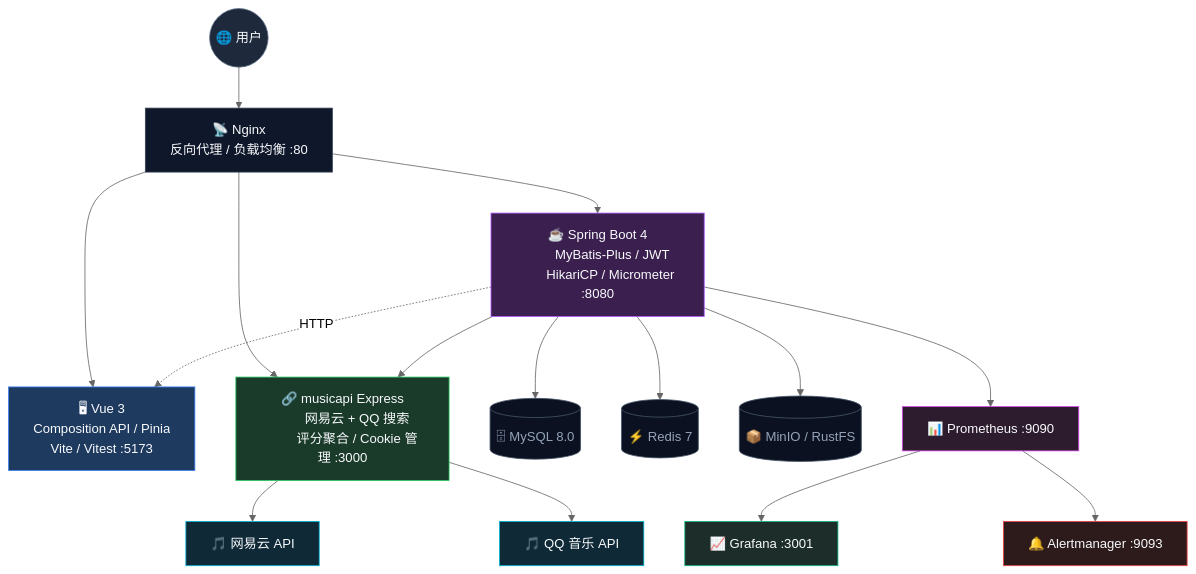
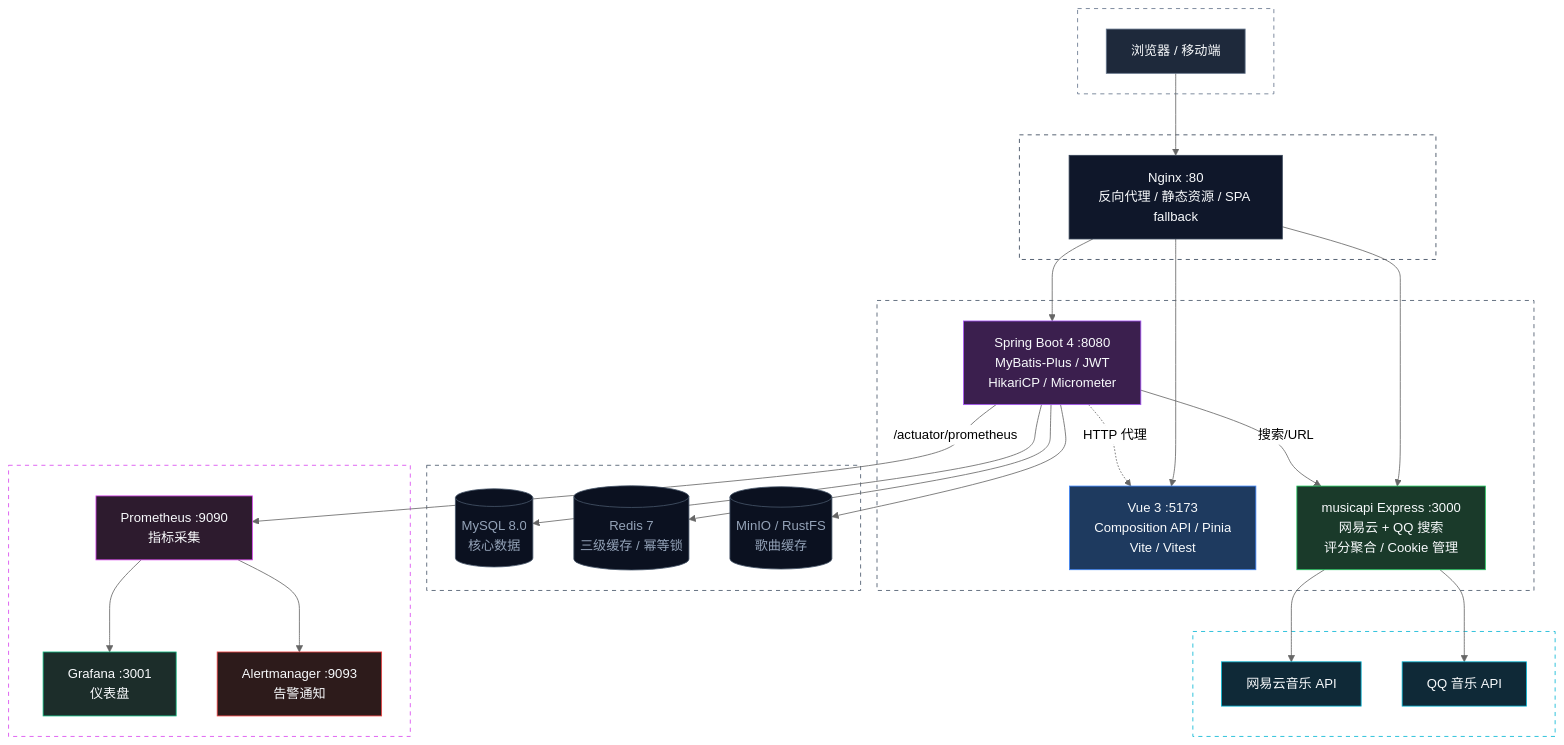
Before and after one commit to chunren1/vibeMusic: the first of 4 diagrams in README.md, drawn with Mermaid (neutral theme).

Commit message:
架构图: 去除emoji, 用subgraph分组分层, 标注连线用途

````diff
--- a/README.md
+++ b/README.md
@@ -88,58 +88,68 @@
 ```mermaid
 graph TB
-    U(("🌐 用户"))
-    NG["📡 Nginx
-        反向代理 / 负载均衡 :80"]
+    subgraph USER[" "]
+        U[浏览器 / 移动端]
+    end
 
-    V["🖥 Vue 3
-        Composition API / Pinia
-        Vite / Vitest :5173"]
+    subgraph GATEWAY[" "]
+        NG["Nginx :80<br/>反向代理 / 静态资源 / SPA fallback"]
+    end
 
-    SB["☕ Spring Boot 4
-        MyBatis-Plus / JWT
-        HikariCP / Micrometer :8080"]
+    subgraph APP[" "]
+        V["Vue 3 :5173<br/>Composition API / Pinia<br/>Vite / Vitest"]
+        SB["Spring Boot 4 :8080<br/>MyBatis-Plus / JWT<br/>HikariCP / Micrometer"]
+        BFF["musicapi Express :3000<br/>网易云 + QQ 搜索<br/>评分聚合 / Cookie 管理"]
+    end
 
-    BFF["🔗 musicapi Express
-        网易云 + QQ 搜索
-        评分聚合 / Cookie 管理 :3000"]
+    subgraph EXT[" "]
+        NE[网易云音乐 API]
+        QQ[QQ 音乐 API]
+    end
 
-    NE["🎵 网易云 API"]
-    Q["🎵 QQ 音乐 API"]
+    subgraph DATA[" "]
+        M[("MySQL 8.0<br/>核心数据")]
+        R[("Redis 7<br/>三级缓存 / 幂等锁")]
+        ST[("MinIO / RustFS<br/>歌曲缓存")]
+    end
 
-    M[("🗄 MySQL 8.0")]
-    R[("⚡ Redis 7")]
-    ST[("📦 MinIO / RustFS")]
-
-    P["📊 Prometheus :9090"]
-    G["📈 Grafana :3001"]
-    A["🔔 Alertmanager :9093"]
+    subgraph MON[" "]
+        P["Prometheus :9090<br/>指标采集"]
+        G["Grafana :3001<br/>仪表盘"]
+        A["Alertmanager :9093<br/>告警通知"]
+    end
 
     U --> NG
     NG --> V
     NG --> SB
     NG --> BFF
-    SB -.->|HTTP| V
-    SB --> BFF
+    SB -.->|HTTP 代理| V
+    SB -->|搜索/URL| BFF
     BFF --> NE
-    BFF --> Q
+    BFF --> QQ
     SB --> M
     SB --> R
     SB --> ST
-    SB --> P
+    SB -->|/actuator/prometheus| P
     P --> G
     P --> A
 
     style U fill:#1e293b,stroke:#64748b,color:#f8fafc
     style NG fill:#0f172a,stroke:#334155,color:#f8fafc
     style V fill:#1e3a5f,stroke:#3b82f6,color:#f8fafc
     style SB fill:#3b1f4e,stroke:#a855f7,color:#f8fafc
     style BFF fill:#1a3a2a,stroke:#22c55e,color:#f8fafc
     style NE fill:#0f2937,stroke:#06b6d4,color:#f8fafc
-    style Q fill:#0f2937,stroke:#06b6d4,color:#f8fafc
+    style QQ fill:#0f2937,stroke:#06b6d4,color:#f8fafc
     style M fill:#0b1120,stroke:#475569,color:#94a3b8
     style R fill:#0b1120,stroke:#475569,color:#94a3b8
     style ST fill:#0b1120,stroke:#475569,color:#94a3b8
     style P fill:#2d1b2e,stroke:#d946ef,color:#f8fafc
     style G fill:#1c2d2a,stroke:#10b981,color:#f8fafc
     style A fill:#2d1b1b,stroke:#ef4444,color:#f8fafc
+    style USER fill:none,stroke:#64748b,stroke-dasharray: 5 5
+    style GATEWAY fill:none,stroke:#334155,stroke-dasharray: 5 5
+    style APP fill:none,stroke:#475569,stroke-dasharray: 5 5
+    style EXT fill:none,stroke:#06b6d4,stroke-dasharray: 5 5
+    style DATA fill:none,stroke:#475569,stroke-dasharray: 5 5
+    style MON fill:none,stroke:#d946ef,stroke-dasharray: 5 5
 ```
````
